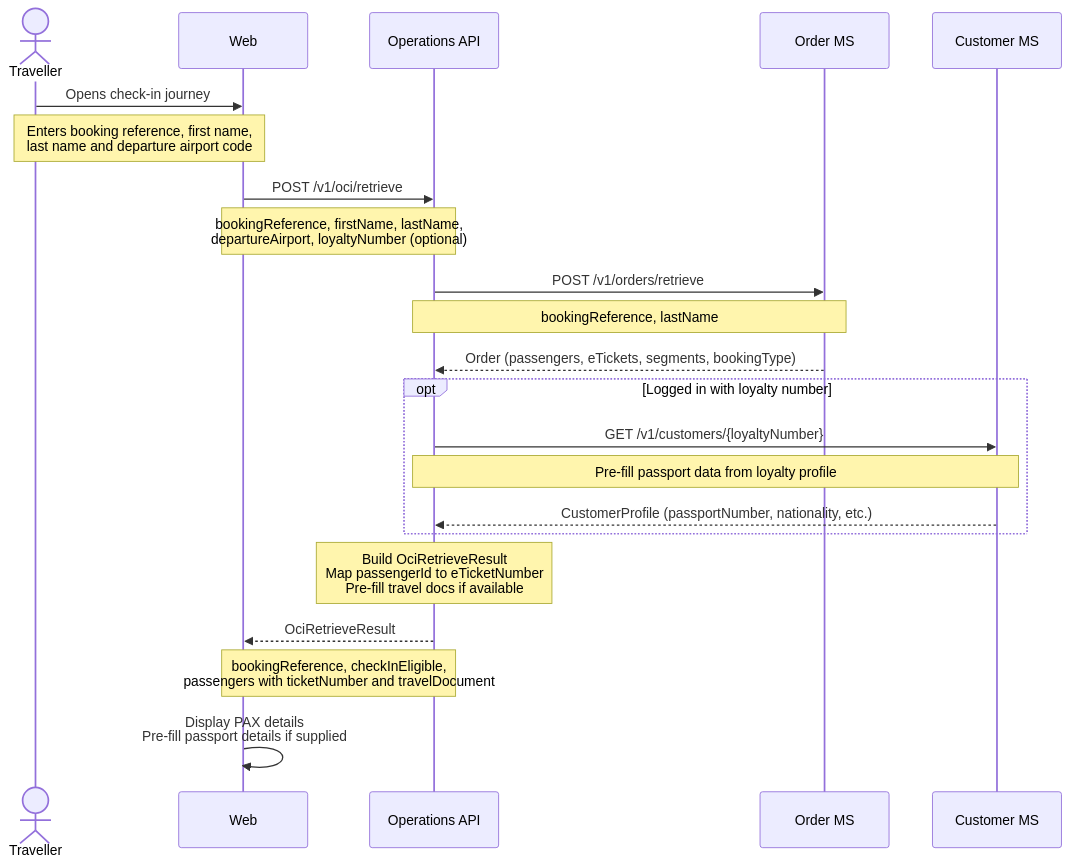
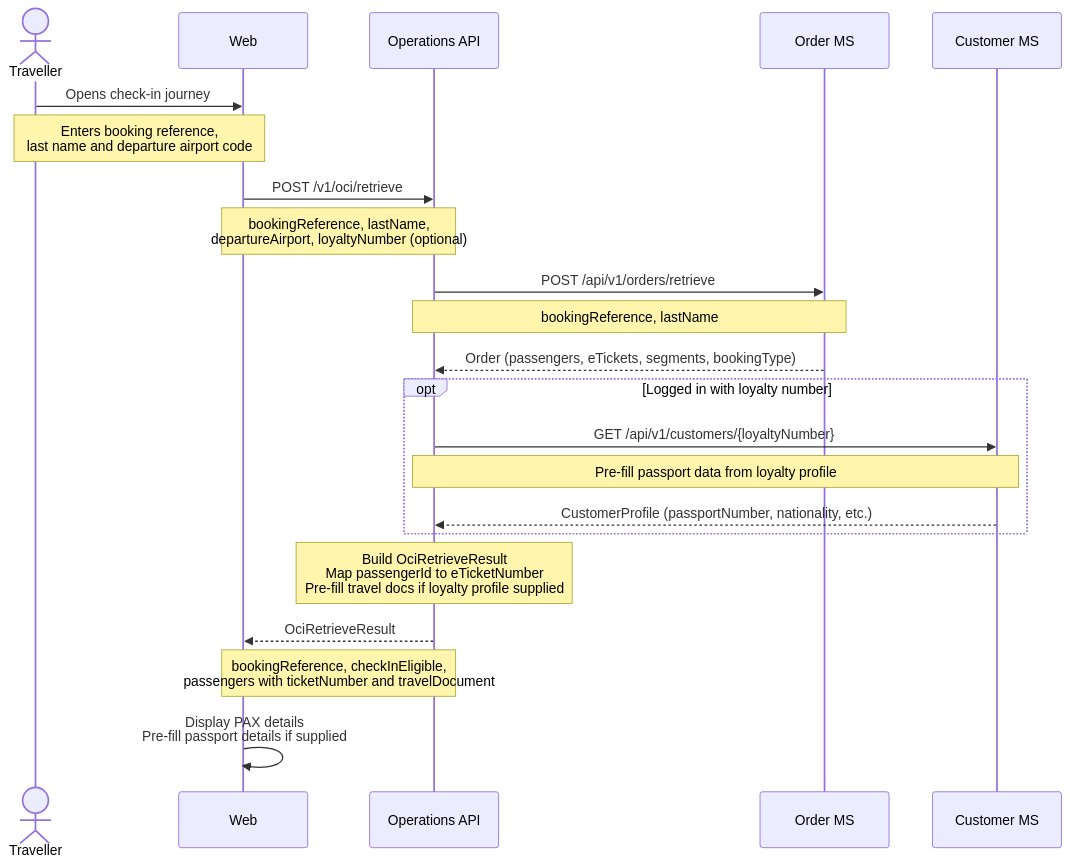
One commit to sebharvey/airline-reservation-system changed the first of 7 diagrams in documentation/sequences/check-in.md. Above: the diagram before and after it, drawn with Mermaid. The commit also changed other lines of this file and 11 other files, not shown here.

````diff
--- a/documentation/sequences/check-in.md
+++ b/documentation/sequences/check-in.md
@@ -9,31 +9,31 @@
 ```mermaid
 sequenceDiagram
     actor Traveller
     participant Web
     participant OpsAPI as Operations API
     participant OrderMS as Order MS
     participant CustomerMS as Customer MS
 
     Traveller->>Web: Opens check-in journey
-    Note over Traveller,Web: Enters booking reference, first name,<br/>last name and departure airport code
+    Note over Traveller,Web: Enters booking reference,<br/>last name and departure airport code
 
     Web->>OpsAPI: POST /v1/oci/retrieve
-    Note over Web,OpsAPI: bookingReference, firstName, lastName,<br/>departureAirport, loyaltyNumber (optional)
+    Note over Web,OpsAPI: bookingReference, lastName,<br/>departureAirport, loyaltyNumber (optional)
 
-    OpsAPI->>OrderMS: POST /v1/orders/retrieve
+    OpsAPI->>OrderMS: POST /api/v1/orders/retrieve
     Note over OpsAPI,OrderMS: bookingReference, lastName
     OrderMS-->>OpsAPI: Order (passengers, eTickets, segments, bookingType)
 
     opt Logged in with loyalty number
-        OpsAPI->>CustomerMS: GET /v1/customers/{loyaltyNumber}
+        OpsAPI->>CustomerMS: GET /api/v1/customers/{loyaltyNumber}
         Note over OpsAPI,CustomerMS: Pre-fill passport data from loyalty profile
         CustomerMS-->>OpsAPI: CustomerProfile (passportNumber, nationality, etc.)
     end
 
-    Note over OpsAPI: Build OciRetrieveResult<br/>Map passengerId to eTicketNumber<br/>Pre-fill travel docs if available
+    Note over OpsAPI: Build OciRetrieveResult<br/>Map passengerId to eTicketNumber<br/>Pre-fill travel docs if loyalty profile supplied
 
     OpsAPI-->>Web: OciRetrieveResult
     Note over OpsAPI,Web: bookingReference, checkInEligible,<br/>passengers with ticketNumber and travelDocument
 
     Web->>Web: Display PAX details<br/>Pre-fill passport details if supplied
 ```
````
